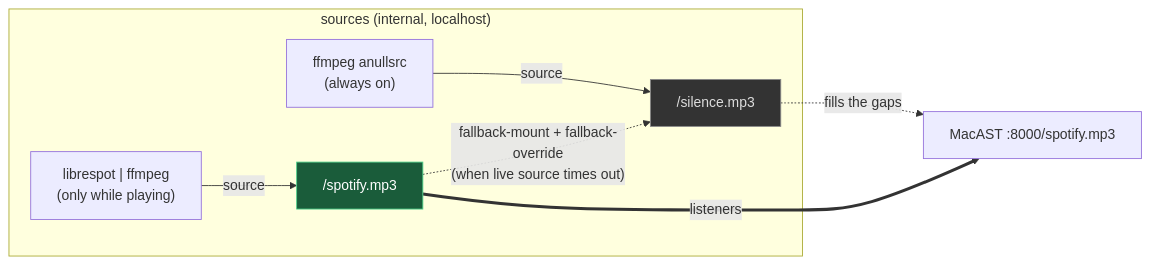
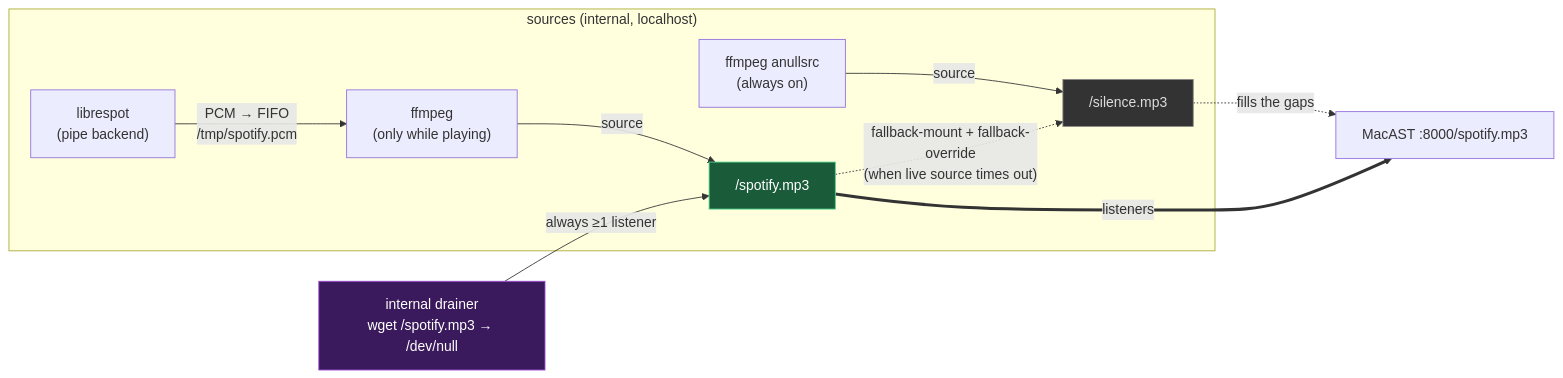
The fifth of 6 diagrams in README.md (felipedbene/gopher-spot), drawn with Mermaid before and after one commit. The commit also changed other lines of this file, not shown here.

````diff
--- a/README.md
+++ b/README.md
@@ -309,13 +372,15 @@
 ```mermaid
 flowchart LR
     subgraph src["sources (internal, localhost)"]
         SIL["ffmpeg anullsrc<br/>(always on)"] -->|source| M2["/silence.mp3"]
-        LIVE["librespot | ffmpeg<br/>(only while playing)"] -->|source| M1["/spotify.mp3"]
+        LS["librespot<br/>(pipe backend)"] -->|"PCM → FIFO<br/>/tmp/spotify.pcm"| FF["ffmpeg<br/>(only while playing)"] -->|source| M1["/spotify.mp3"]
     end
+    DR["internal drainer<br/>wget /spotify.mp3 → /dev/null"] -->|"always ≥1 listener"| M1
     M1 -. "fallback-mount + fallback-override<br/>(when live source times out)" .-> M2
     M1 ==>|listeners| AU["MacAST :8000/spotify.mp3"]
     M2 -. fills the gaps .-> AU
 
     style M1 fill:#1a5c3a,stroke:#4fd18b,color:#fff
     style M2 fill:#333,stroke:#888,color:#ddd
+    style DR fill:#3a1a5c,stroke:#a04fd1,color:#fff
 ```
````
